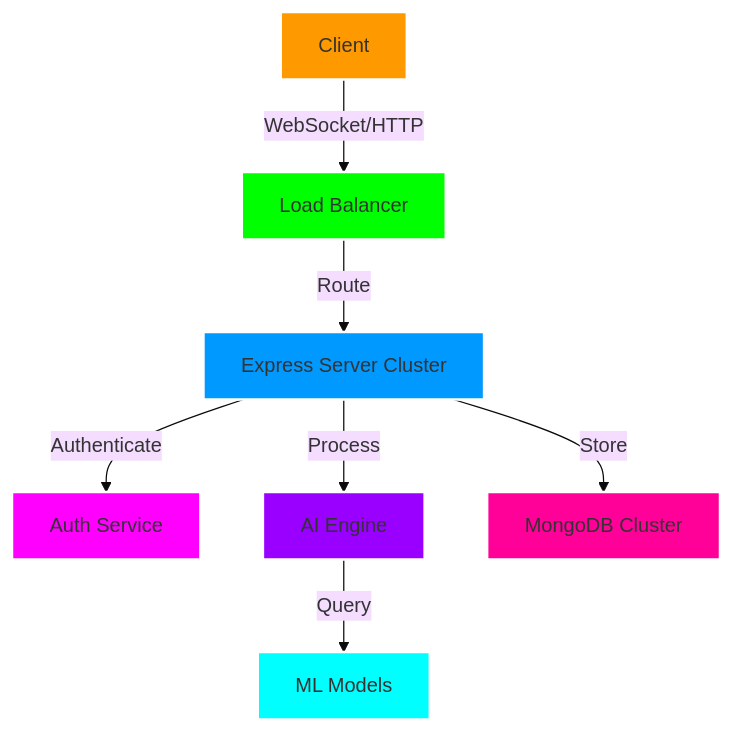
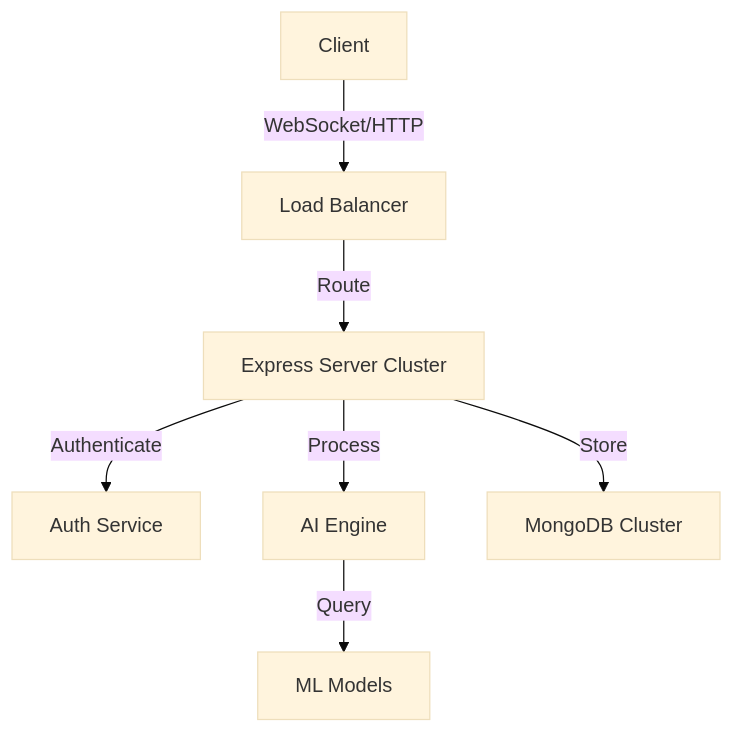
The diagram in README.md (sahukunal00/happie-chatbot), drawn with Mermaid (base theme) before and after one commit. The commit also changed other lines of this file, not shown here.

````diff
--- a/README.md
+++ b/README.md
@@ -122,16 +74,9 @@
 ```mermaid
 graph TD
     A[Client] -->|WebSocket/HTTP| B[Load Balancer]
     B -->|Route| C[Express Server Cluster]
     C -->|Authenticate| D[Auth Service]
     C -->|Process| E[AI Engine]
     C -->|Store| F[MongoDB Cluster]
     E -->|Query| G[ML Models]
-    style A fill:#ff9900,stroke:#fff,stroke-width:2px
-    style B fill:#00ff00,stroke:#fff,stroke-width:2px
-    style C fill:#0099ff,stroke:#fff,stroke-width:2px
-    style D fill:#ff00ff,stroke:#fff,stroke-width:2px
-    style E fill:#9900ff,stroke:#fff,stroke-width:2px
-    style F fill:#ff0099,stroke:#fff,stroke-width:2px
-    style G fill:#00ffff,stroke:#fff,stroke-width:2px
 ```
````
